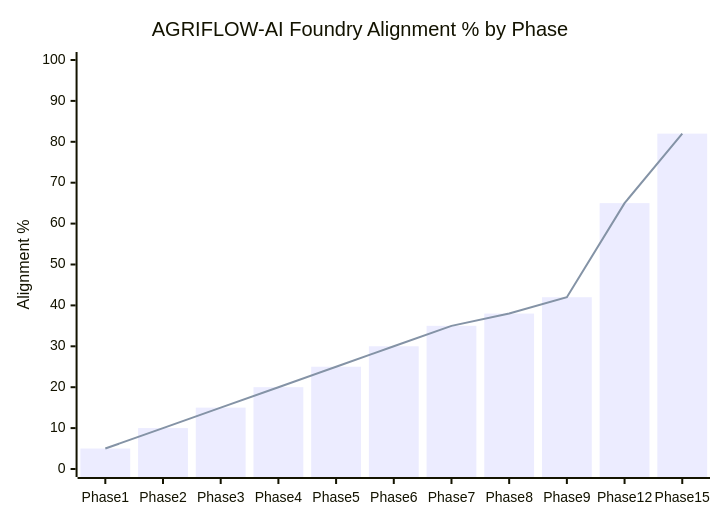
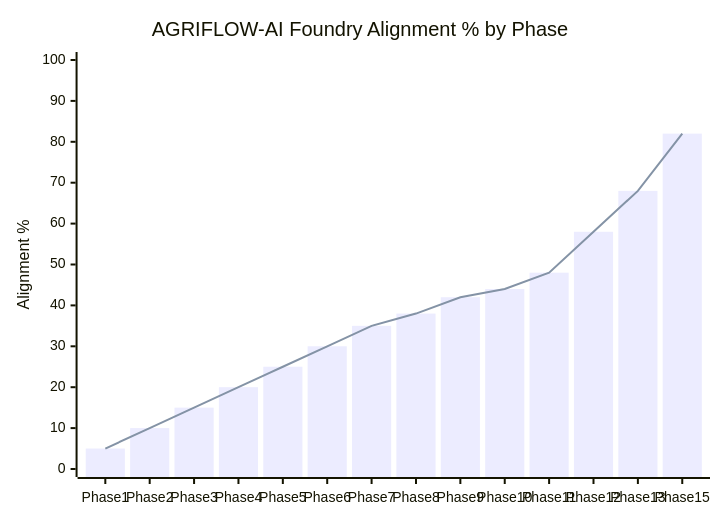
Before and after one commit to santoshnarayanan/AGRIFLOW-AI: the fourth of 4 diagrams in docs/AGRIFLOW_PALANTIR_ALIGNMENT.md, drawn with Mermaid. The commit also changed other lines of this file, not shown here.

Commit message:
Phase 11 - docs: update

````diff
--- a/docs/AGRIFLOW_PALANTIR_ALIGNMENT.md
+++ b/docs/AGRIFLOW_PALANTIR_ALIGNMENT.md
@@ -1023,8 +1255,8 @@
 ```mermaid
 xychart-beta
     title "AGRIFLOW-AI Foundry Alignment % by Phase"
-    x-axis [Phase1, Phase2, Phase3, Phase4, Phase5, Phase6, Phase7, Phase8, Phase9, Phase12, Phase15]
+    x-axis [Phase1, Phase2, Phase3, Phase4, Phase5, Phase6, Phase7, Phase8, Phase9, Phase10, Phase11, Phase12, Phase13, Phase15]
     y-axis "Alignment %" 0 --> 100
-    bar  [5, 10, 15, 20, 25, 30, 35, 38, 42, 65, 82]
-    line [5, 10, 15, 20, 25, 30, 35, 38, 42, 65, 82]
+    bar  [5, 10, 15, 20, 25, 30, 35, 38, 42, 44, 48, 58, 68, 82]
+    line [5, 10, 15, 20, 25, 30, 35, 38, 42, 44, 48, 58, 68, 82]
 ```
````
